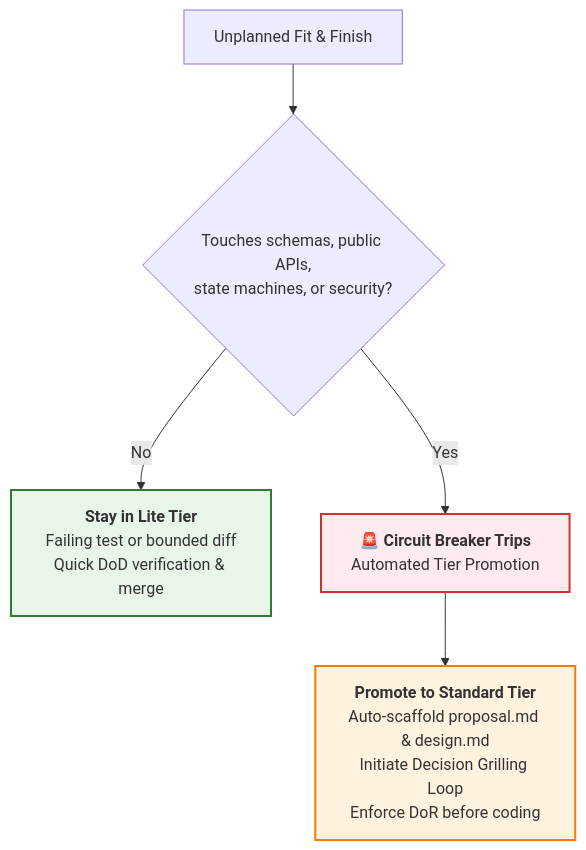
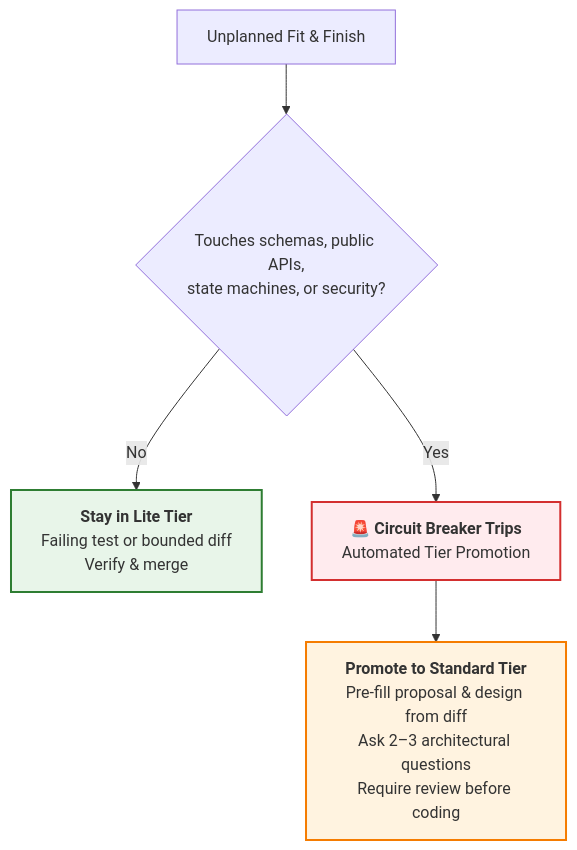
Before and after one commit to keolo/keolo-com: the diagram in content/posts/planned-vs-unplanned-work-in-agentic-development.md, drawn with Mermaid. The commit also changed other lines of this file, not shown here.

````diff
--- a/content/posts/planned-vs-unplanned-work-in-agentic-development.md
+++ b/content/posts/planned-vs-unplanned-work-in-agentic-development.md
@@ -117,13 +73,13 @@
 ```mermaid
 flowchart TD
     Start["Unplanned Fit & Finish"] --> Check{"Touches schemas, public APIs,<br/>state machines, or security?"}
     
-    Check -- No --> LiteNode["<b>Stay in Lite Tier</b><br/>Failing test or bounded diff<br/>Quick DoD verification & merge"]
+    Check -- No --> LiteNode["<b>Stay in Lite Tier</b><br/>Failing test or bounded diff<br/>Verify & merge"]
     
     Check -- Yes --> Breaker["<b>🚨 Circuit Breaker Trips</b><br/>Automated Tier Promotion"]
-    Breaker --> Escalate["<b>Promote to Standard Tier</b><br/>Auto-scaffold proposal.md & design.md<br/>Initiate Decision Grilling Loop<br/>Enforce DoR before coding"]
+    Breaker --> Escalate["<b>Promote to Standard Tier</b><br/>Pre-fill proposal & design from diff<br/>Ask 2–3 architectural questions<br/>Require review before coding"]
     
     style Breaker fill:#ffebee,stroke:#d32f2f,stroke-width:2px
     style Escalate fill:#fff3e0,stroke:#f57c00,stroke-width:2px
     style LiteNode fill:#e8f5e9,stroke:#2e7d32,stroke-width:2px
 ```
````
